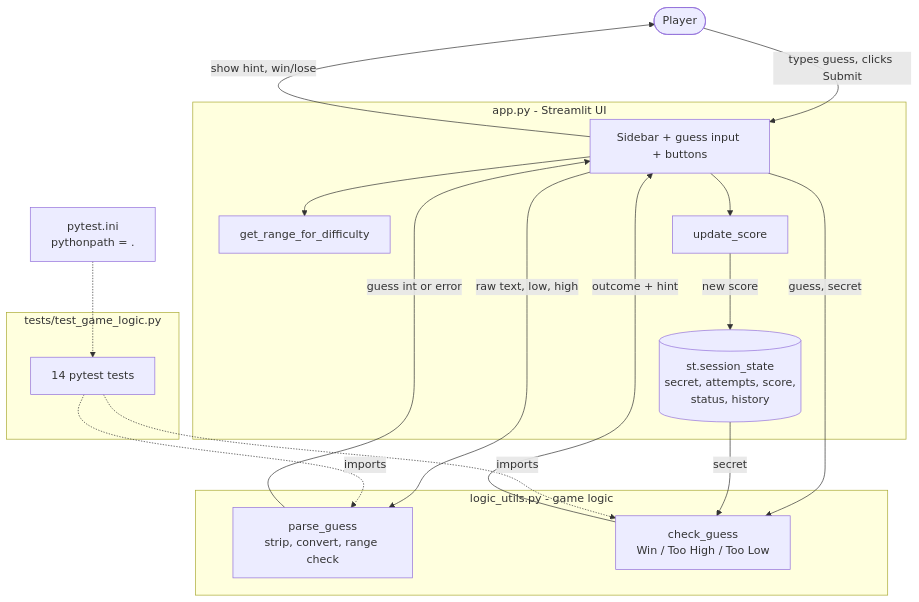
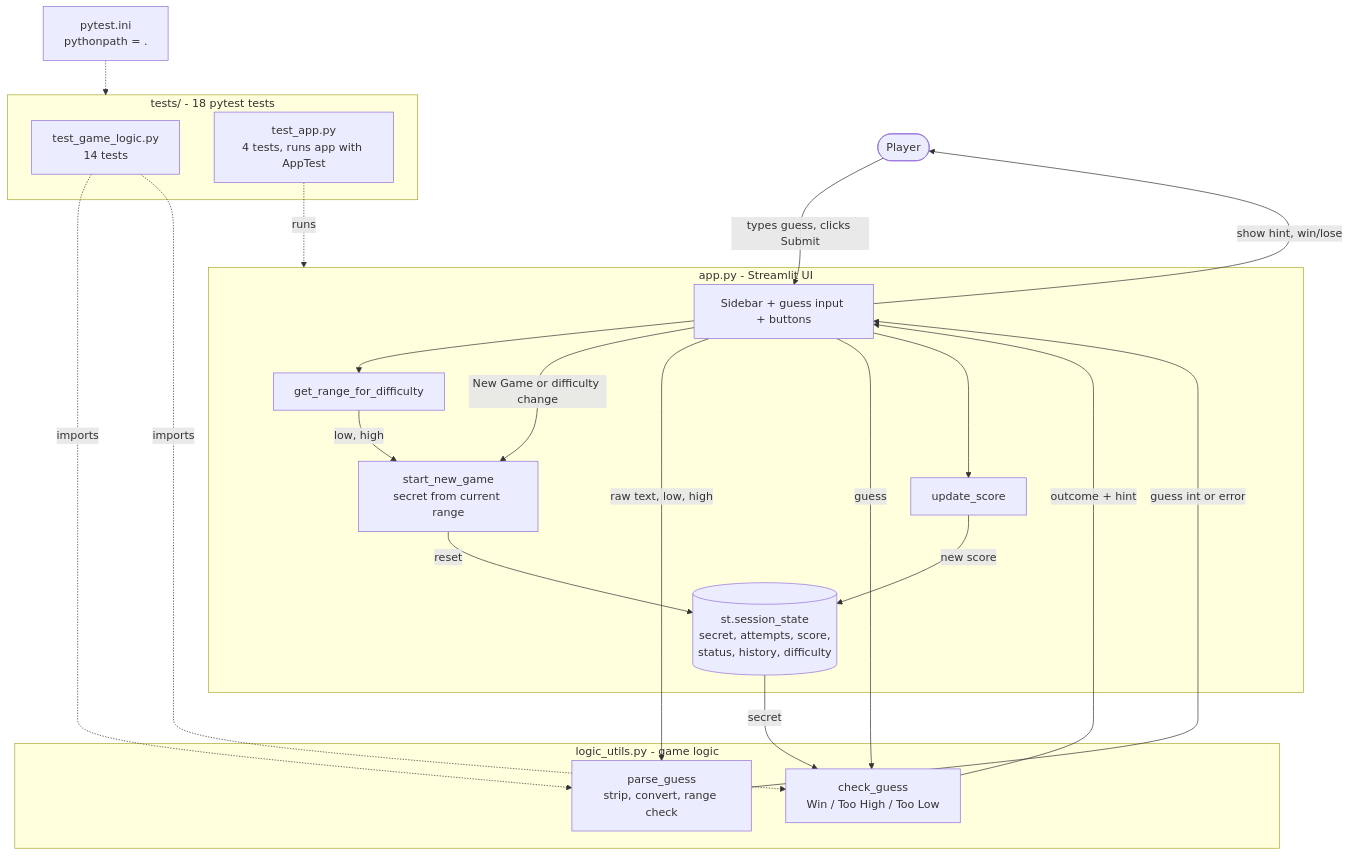
One commit to shishirbishwokarma/ai110-module1show-gameglitchinvestigator-starter changed the diagram in architecture.mmd. Above: the diagram before and after it, drawn with Mermaid. The commit also changed 1 other file, not shown here.

Commit message:
docs: update architecture diagram for new game fix and app tests

```diff
--- a/architecture.mmd
+++ b/architecture.mmd
@@ -1,31 +1,37 @@
 flowchart TD
     User([Player]) -->|types guess, clicks Submit| UI
 
     subgraph App ["app.py - Streamlit UI"]
         UI[Sidebar + guess input + buttons]
-        State[("st.session_state<br/>secret, attempts, score,<br/>status, history")]
+        State[("st.session_state<br/>secret, attempts, score,<br/>status, history, difficulty")]
         Range[get_range_for_difficulty]
+        NewGame["start_new_game<br/>secret from current range"]
         Score[update_score]
     end
 
     subgraph Logic ["logic_utils.py - game logic"]
         Parse["parse_guess<br/>strip, convert, range check"]
         Check["check_guess<br/>Win / Too High / Too Low"]
     end
 
     UI --> Range
+    Range -->|low, high| NewGame
+    UI -->|New Game or difficulty change| NewGame
+    NewGame -->|reset| State
     UI -->|raw text, low, high| Parse
     Parse -->|guess int or error| UI
-    UI -->|guess, secret| Check
+    UI -->|guess| Check
     State -->|secret| Check
     Check -->|outcome + hint| UI
     UI --> Score
     Score -->|new score| State
     UI -->|show hint, win/lose| User
 
-    subgraph Tests ["tests/test_game_logic.py"]
-        T[14 pytest tests]
+    subgraph Tests ["tests/ - 18 pytest tests"]
+        TL["test_game_logic.py<br/>14 tests"]
+        TA["test_app.py<br/>4 tests, runs app with AppTest"]
     end
-    T -.->|imports| Parse
-    T -.->|imports| Check
-    Ini["pytest.ini<br/>pythonpath = ."] -.-> T
+    TL -.->|imports| Parse
+    TL -.->|imports| Check
+    TA -.->|runs| App
+    Ini["pytest.ini<br/>pythonpath = ."] -.-> Tests
```
